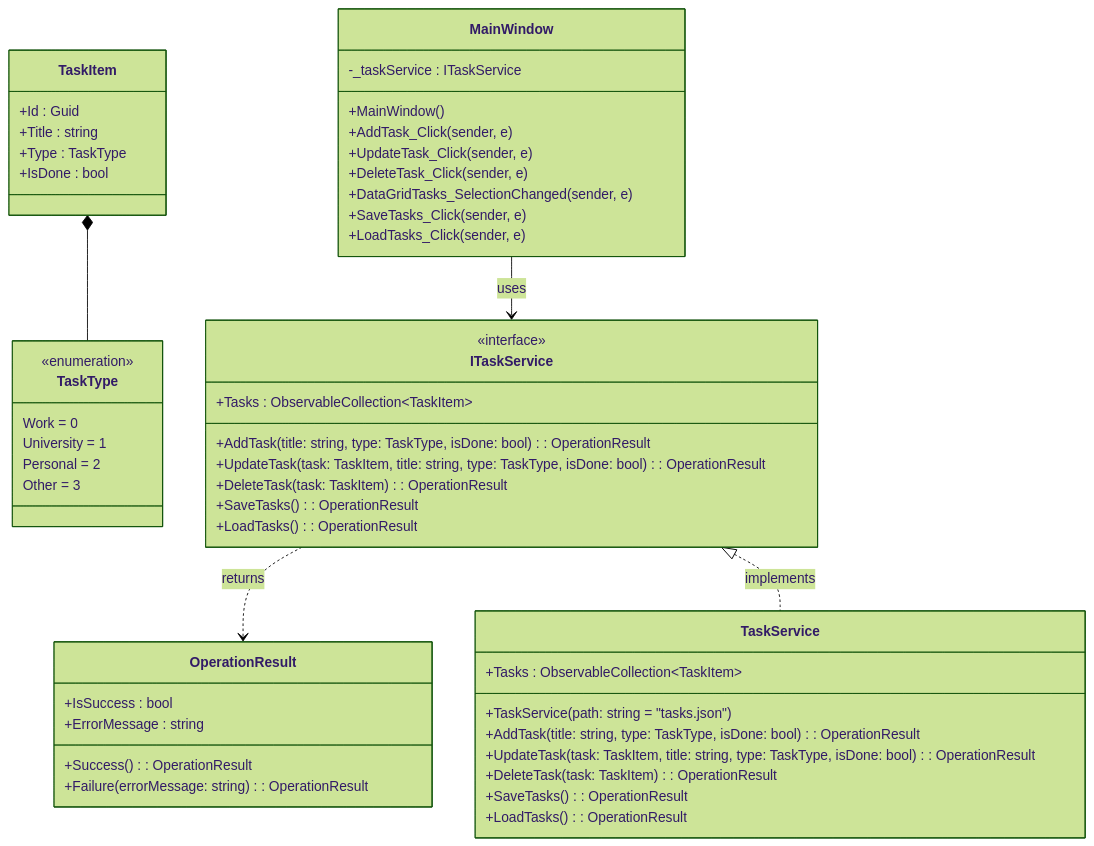
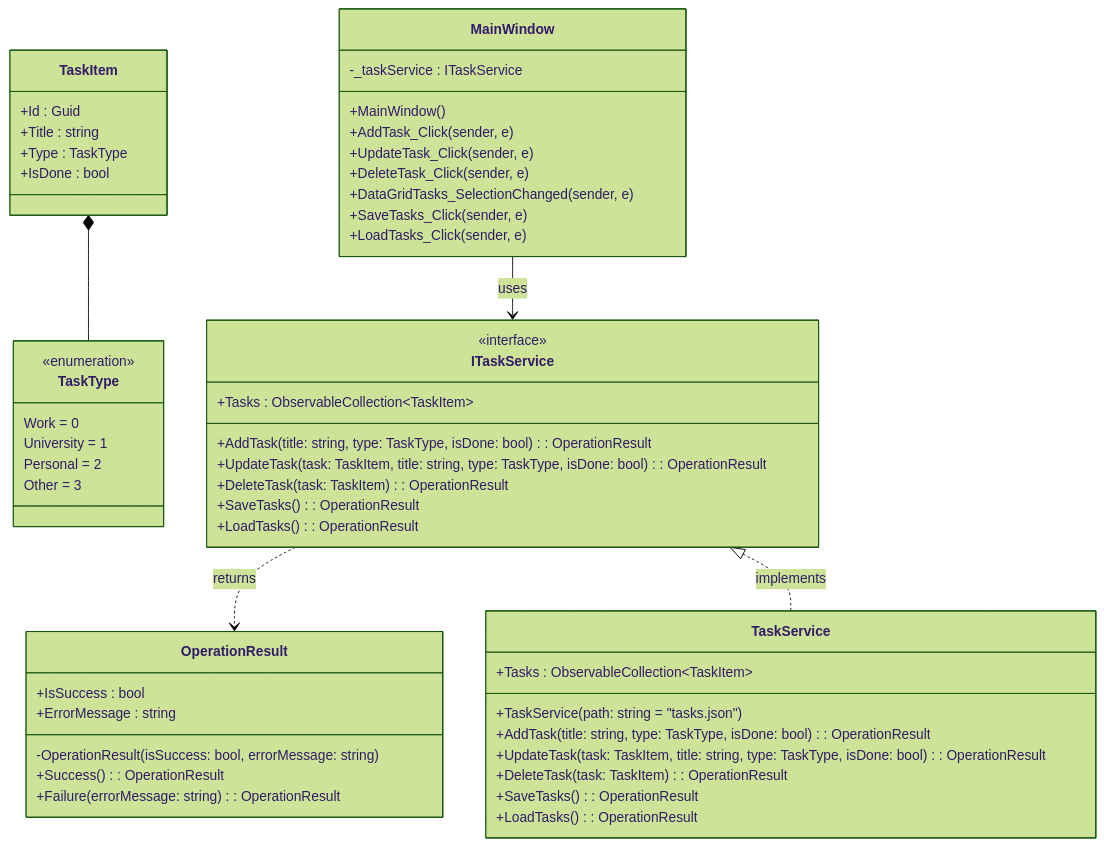
The second of 3 diagrams in README.md (ondrejsvorc/GUI), drawn with Mermaid (forest theme) before and after one commit. The commit also changed other lines of this file, not shown here.

Commit message:
Modify OperationResult in documentation to reflect the up-to-date code

````diff
--- a/README.md
+++ b/README.md
@@ -334,63 +334,64 @@
 ```mermaid
 classDiagram
     class TaskItem {
       +Id : Guid
       +Title : string
       +Type : TaskType
       +IsDone : bool
     }
 
     TaskItem *-- TaskType
 
     class TaskType {
       <<enumeration>>
       Work = 0
       University = 1
       Personal = 2
       Other = 3
     }
 
     class OperationResult {
       +IsSuccess : bool
       +ErrorMessage : string
+      -OperationResult(isSuccess: bool, errorMessage: string)
       +Success() : OperationResult
       +Failure(errorMessage: string) : OperationResult
     }
 
     class ITaskService {
       <<interface>>
       +Tasks : ObservableCollection~TaskItem~
       +AddTask(title: string, type: TaskType, isDone: bool) : OperationResult
       +UpdateTask(task: TaskItem, title: string, type: TaskType, isDone: bool) : OperationResult
       +DeleteTask(task: TaskItem) : OperationResult
       +SaveTasks() : OperationResult
       +LoadTasks() : OperationResult
     }
 
     ITaskService ..> OperationResult : returns
 
     class TaskService {
       +Tasks : ObservableCollection~TaskItem~
       +TaskService(path: string = "tasks.json")
       +AddTask(title: string, type: TaskType, isDone: bool) : OperationResult
       +UpdateTask(task: TaskItem, title: string, type: TaskType, isDone: bool) : OperationResult
       +DeleteTask(task: TaskItem) : OperationResult
       +SaveTasks() : OperationResult
       +LoadTasks() : OperationResult
     }
 
     ITaskService <|.. TaskService : implements
 
     class MainWindow {
       -_taskService : ITaskService
       +MainWindow()
       +AddTask_Click(sender, e)
       +UpdateTask_Click(sender, e)
       +DeleteTask_Click(sender, e)
       +DataGridTasks_SelectionChanged(sender, e)
       +SaveTasks_Click(sender, e)
       +LoadTasks_Click(sender, e)
     }
 
     MainWindow --> ITaskService : uses
 ```
````
